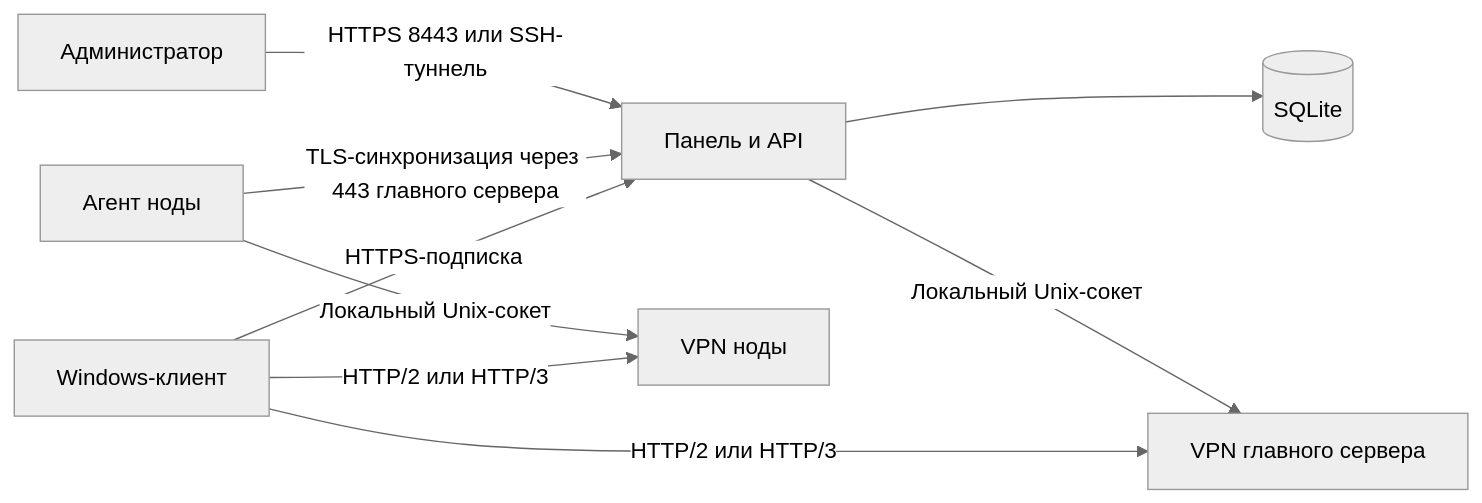
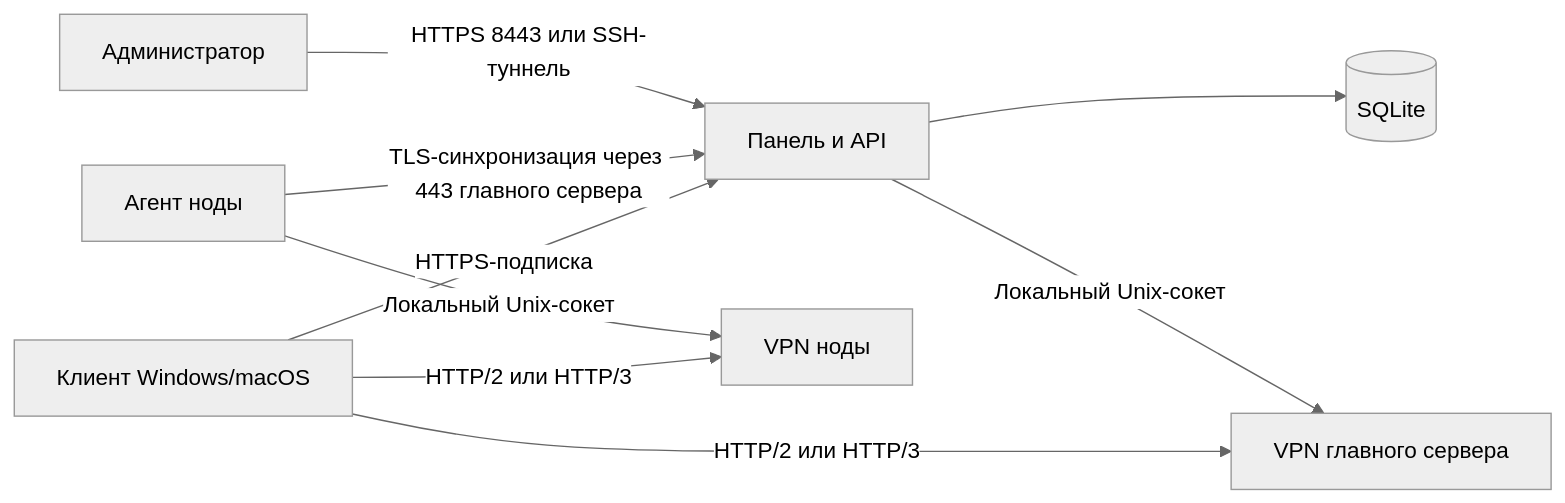
The diagram in docs/ARCHITECTURE.md (divezh/netlane-server), drawn with Mermaid (neutral theme) before and after one commit. The commit also changed other lines of this file and 14 other files, not shown here.

````diff
--- a/docs/ARCHITECTURE.md
+++ b/docs/ARCHITECTURE.md
@@ -5,11 +5,11 @@
 ```mermaid
 flowchart LR
     Owner[Администратор] -->|HTTPS 8443 или SSH-туннель| Panel[Панель и API]
     Panel --> Database[(SQLite)]
     Panel -->|Локальный Unix-сокет| MainVPN[VPN главного сервера]
     NodeAgent[Агент ноды] -->|TLS-синхронизация через 443 главного сервера| Panel
     NodeAgent -->|Локальный Unix-сокет| NodeVPN[VPN ноды]
-    Windows[Windows-клиент] -->|HTTPS-подписка| Panel
-    Windows -->|HTTP/2 или HTTP/3| MainVPN
-    Windows -->|HTTP/2 или HTTP/3| NodeVPN
+    Client[Клиент Windows/macOS] -->|HTTPS-подписка| Panel
+    Client -->|HTTP/2 или HTTP/3| MainVPN
+    Client -->|HTTP/2 или HTTP/3| NodeVPN
 ```
````
